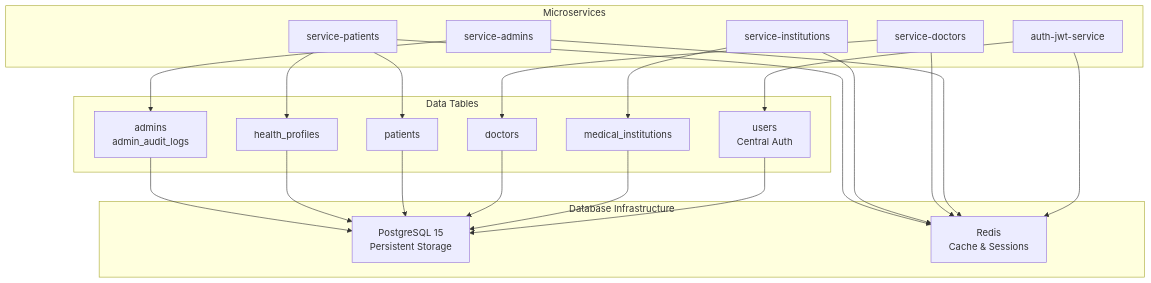
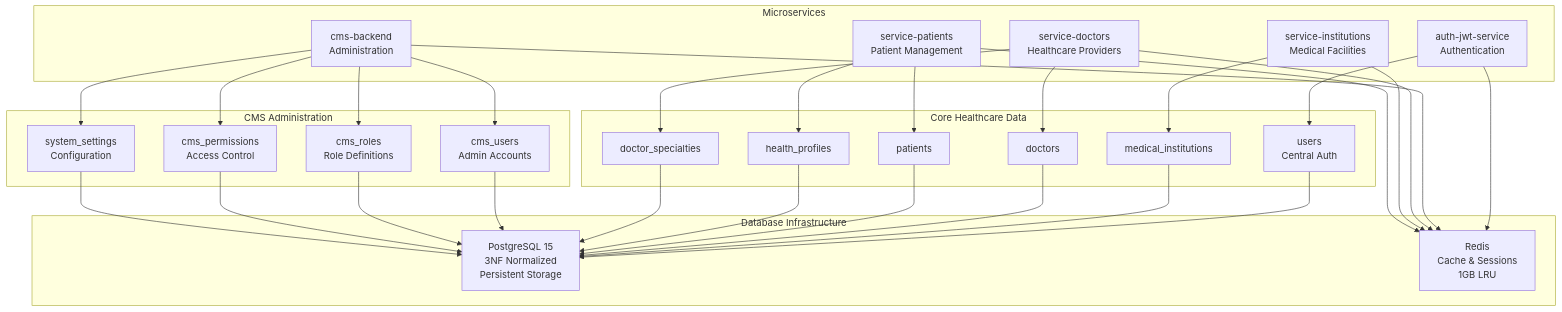
Before and after one commit to bryramirezp/PredictHealth: the second of 2 diagrams in database/README.md, drawn with Mermaid. The commit also changed other lines of this file and 112 other files, not shown here.

````diff
--- a/database/README.md
+++ b/database/README.md
@@ -256,44 +342,59 @@
 ```mermaid
 graph TB
     subgraph "Database Infrastructure"
-        PG[PostgreSQL 15<br/>Persistent Storage]
-        RD[Redis<br/>Cache & Sessions]
+        PG[PostgreSQL 15<br/>3NF Normalized<br/>Persistent Storage]
+        RD[Redis<br/>Cache & Sessions<br/>1GB LRU]
     end
 
     subgraph "Microservices"
-        AUTH[auth-jwt-service]
-        ADMINS[service-admins]
-        DOCTORS[service-doctors]
-        INSTITUTIONS[service-institutions]
-        PATIENTS[service-patients]
+        AUTH[auth-jwt-service<br/>Authentication]
+        CMS[cms-backend<br/>Administration]
+        DOCTORS[service-doctors<br/>Healthcare Providers]
+        INSTITUTIONS[service-institutions<br/>Medical Facilities]
+        PATIENTS[service-patients<br/>Patient Management]
     end
 
-    subgraph "Data Tables"
+    subgraph "Core Healthcare Data"
         USERS[users<br/>Central Auth]
         INST[medical_institutions]
         DOCS[doctors]
         PATS[patients]
         HEALTH[health_profiles]
-        ADMIN[admins<br/>admin_audit_logs]
+        SPEC[doctor_specialties]
+    end
+
+    subgraph "CMS Administration"
+        CMS_USERS[cms_users<br/>Admin Accounts]
+        CMS_ROLES[cms_roles<br/>Role Definitions]
+        PERMS[cms_permissions<br/>Access Control]
+        SETTINGS[system_settings<br/>Configuration]
     end
 
     AUTH --> USERS
-    ADMINS --> ADMIN
+    CMS --> CMS_USERS
+    CMS --> CMS_ROLES
+    CMS --> PERMS
+    CMS --> SETTINGS
     DOCTORS --> DOCS
+    DOCTORS --> SPEC
     INSTITUTIONS --> INST
     PATIENTS --> PATS
     PATIENTS --> HEALTH
 
     USERS --> PG
     INST --> PG
     DOCS --> PG
     PATS --> PG
     HEALTH --> PG
-    ADMIN --> PG
+    SPEC --> PG
+    CMS_USERS --> PG
+    CMS_ROLES --> PG
+    PERMS --> PG
+    SETTINGS --> PG
 
     AUTH --> RD
-    ADMINS --> RD
+    CMS --> RD
     DOCTORS --> RD
     INSTITUTIONS --> RD
     PATIENTS --> RD
 ```
````
